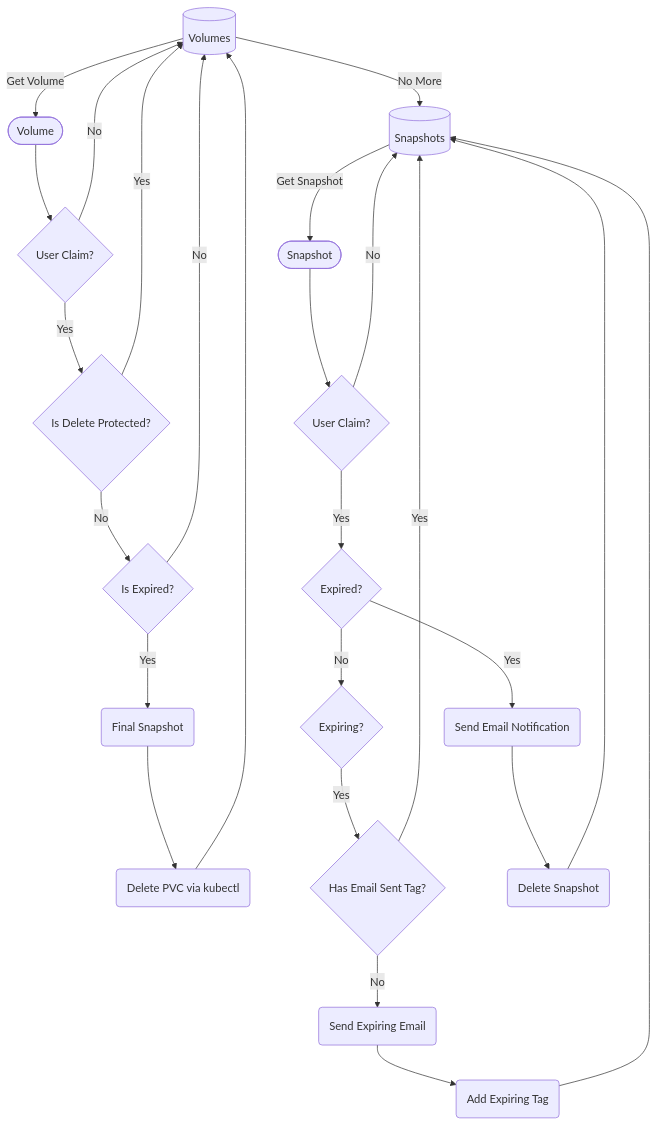
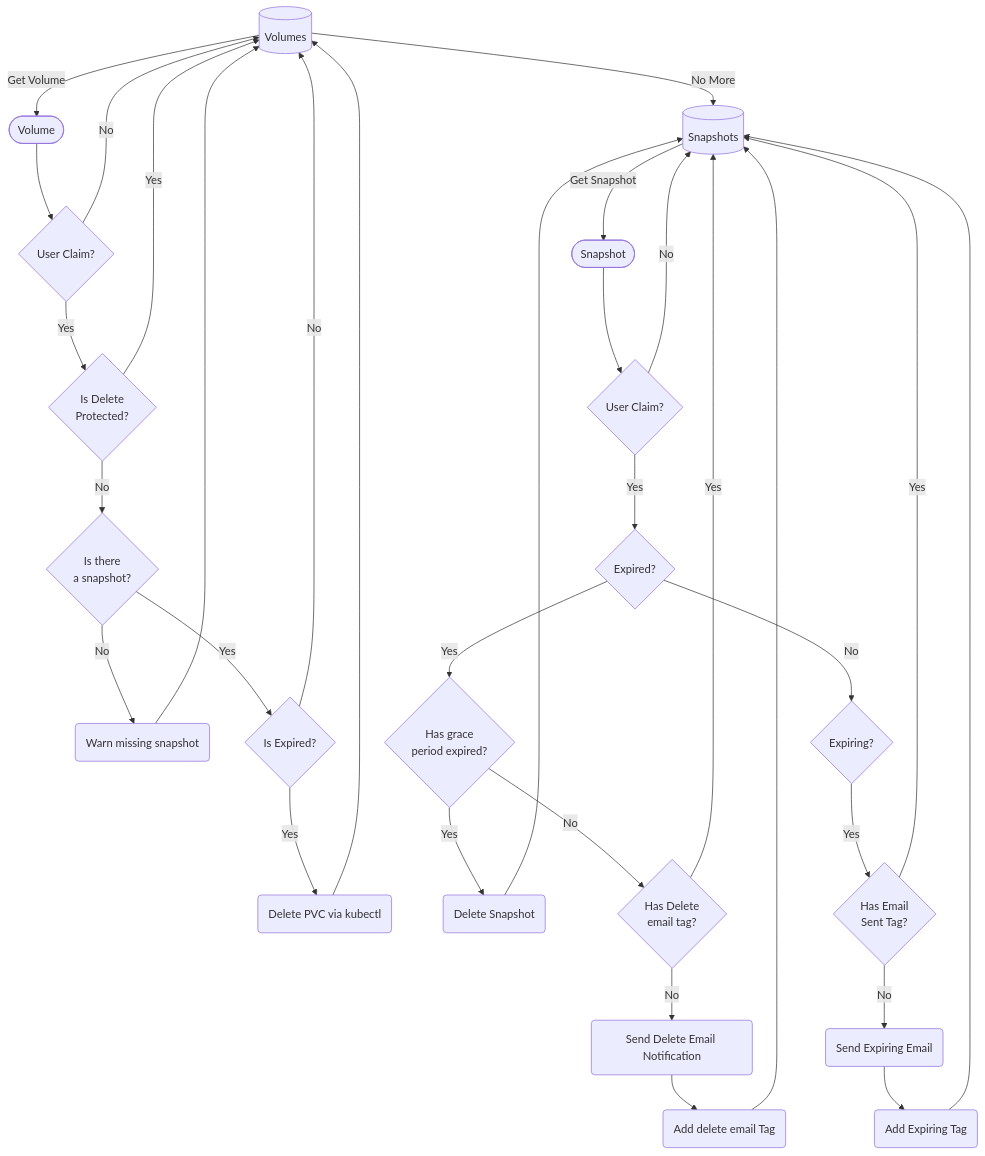
The diagram in cluster-cdk/cluster_cdk/lambdas/volume_management.md (ASFOpenSARlab/opensciencelab-cluster-v2), drawn with Mermaid before and after one commit. The commit also changed 1 other file, not shown here.

Commit message:
Add grace period between of 1 day after expiration to affect delete

````diff
--- a/cluster-cdk/cluster_cdk/lambdas/volume_management.md
+++ b/cluster-cdk/cluster_cdk/lambdas/volume_management.md
@@ -4,27 +4,37 @@
 ```mermaid
 flowchart TD
     A[(Volumes)] -->|Get Volume| B([Volume])
     B --> C{User Claim?}
     C -->|No| A
-    C -->|Yes| D{Is Delete Protected?}
+    C -->|Yes| D{Is Delete\n Protected?}
     D -->|Yes| A
-    D -->|No| F{Is Expired?}
+    D -->|No| E{Is there\n a snapshot?}
+    E -->|No| H(Warn missing snapshot)
+    H --> A
+    E -->|Yes| F{Is Expired?}
     F -->|No| A
-    F -->|Yes| E(Final Snapshot)
-    E --> G(Delete PVC via kubectl)
+    F -->|Yes| G(Delete PVC via kubectl)
     G --> A
     A -->|No More| J[(Snapshots)]
     J -->|Get Snapshot| K([Snapshot])
     K --> L{User Claim?}
     L -->|No| J
     L -->|Yes| M{Expired?}
-    M -->|Yes| M1(Send Email Notification)
+    M -->|Yes| M1{Has grace\n period expired?}
+    
+    M1 -->|Yes| M2(Delete Snapshot)
+    M2 --> J
+    M1 -->|No| M3{Has Delete\n email tag?}
+    
+    M3 -->|Yes| J
+    M3 -->|No| M4(Send Delete Email Notification)
+    M4 --> M5(Add delete email Tag)
+    M5 --> J
+   
     M -->|No| N{Expiring?}
-    N -->|Yes| O{Has Email Sent Tag?}
+    N -->|Yes| O{Has Email\n Sent Tag?}
     O -->|No| P(Send Expiring Email)
     P --> Q(Add Expiring Tag)
-    M1 --> M2(Delete Snapshot)
-    M2 --> J
     O -->|Yes| J
     Q --> J
 ```
````
